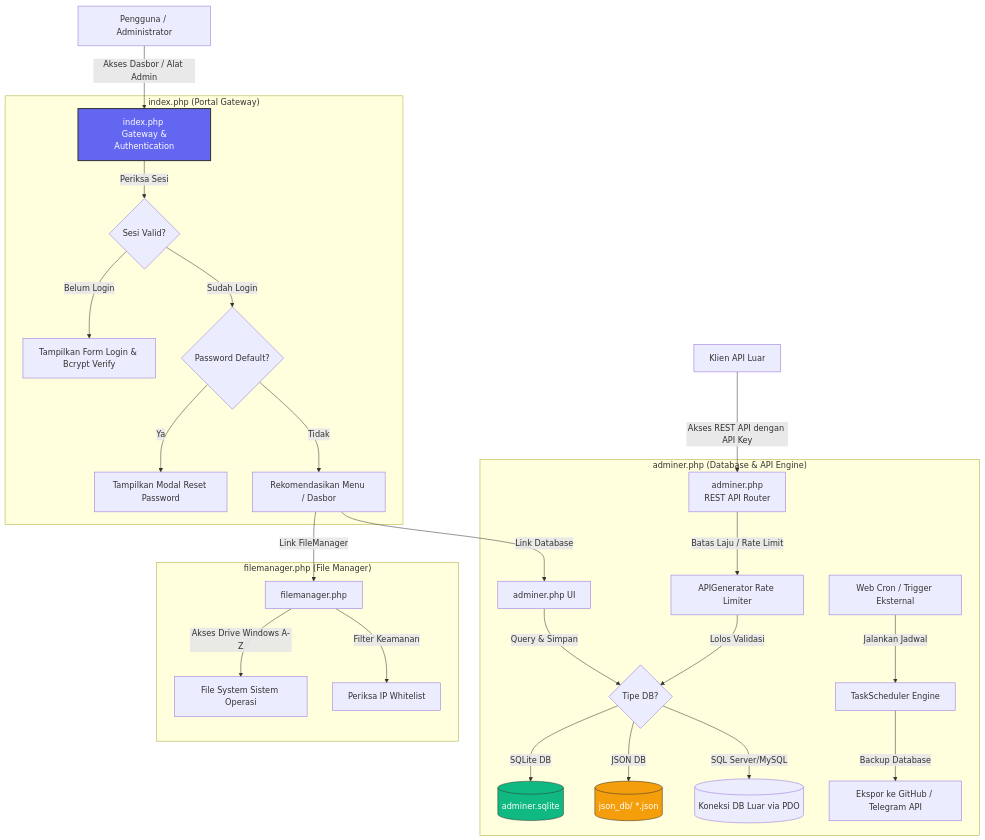
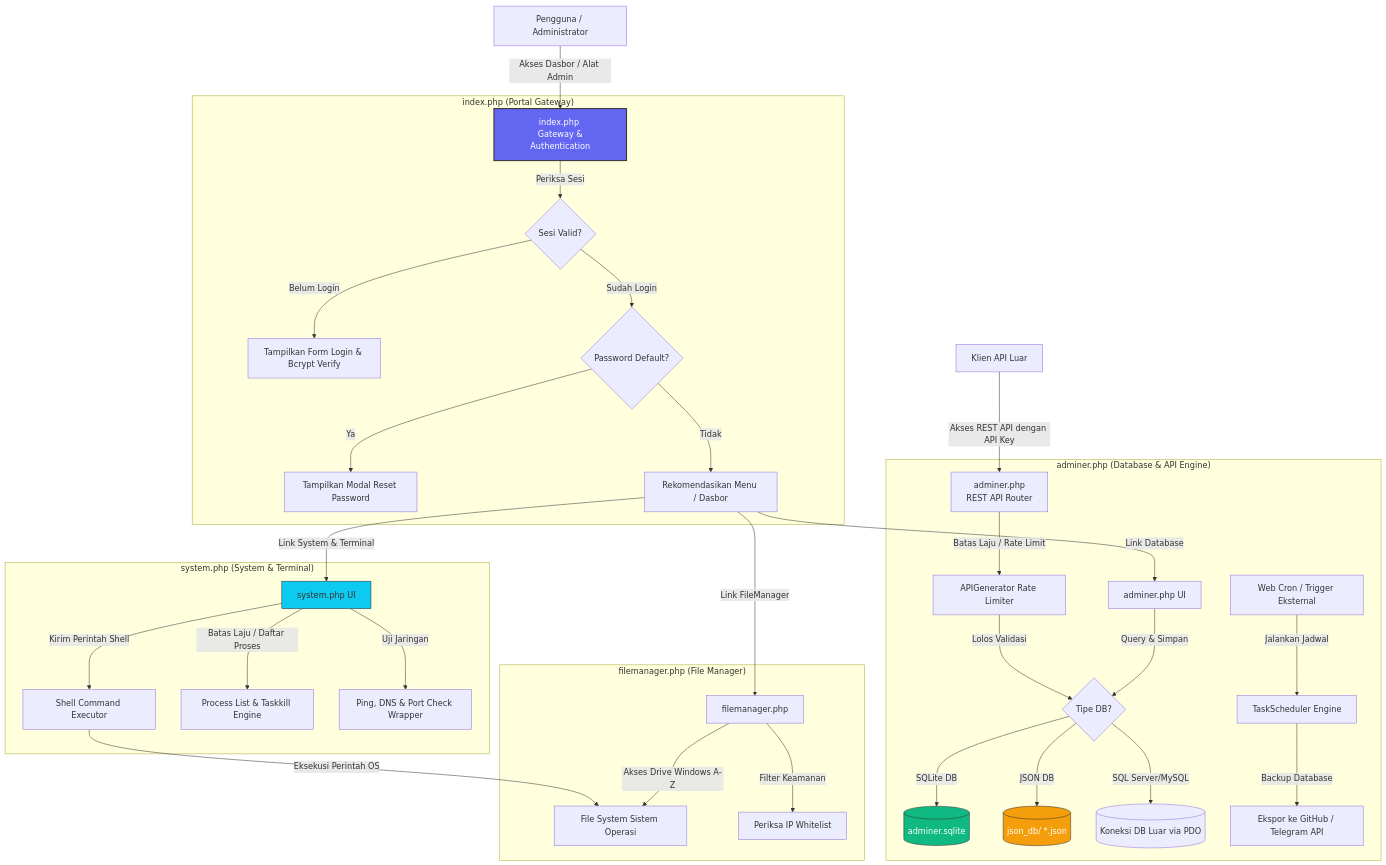
The first of 4 diagrams in project_overview.md (RzkyNT/infinitysetup), drawn with Mermaid before and after one commit. The commit also changed other lines of this file and 3 other files, not shown here.

````diff
--- a/project_overview.md
+++ b/project_overview.md
@@ -94,38 +94,47 @@
 ```mermaid
 graph TD
     User[Pengguna / Administrator] -->|Akses Dasbor / Alat Admin| Index[index.php <br> Gateway & Authentication]
     APIClient[Klien API Luar] -->|Akses REST API dengan API Key| AdminerAPI[adminer.php <br> REST API Router]
 
     subgraph "index.php (Portal Gateway)"
         Index -->|Periksa Sesi| SessionCheck{Sesi Valid?}
         SessionCheck -->|Belum Login| LoginUI[Tampilkan Form Login & Bcrypt Verify]
         SessionCheck -->|Sudah Login| PwdCheck{Password Default?}
         PwdCheck -->|Ya| ForceModal[Tampilkan Modal Reset Password]
         PwdCheck -->|Tidak| Menu[Rekomendasikan Menu / Dasbor]
     end
 
     Menu -->|Link FileManager| FM[filemanager.php]
     Menu -->|Link Database| AdminerUI[adminer.php UI]
+    Menu -->|Link System & Terminal| SysUI[system.php UI]
 
     subgraph "filemanager.php (File Manager)"
         FM -->|Akses Drive Windows A-Z| LocalOS[File System Sistem Operasi]
         FM -->|Filter Keamanan| Whitelist[Periksa IP Whitelist]
+    end
+
+    subgraph "system.php (System & Terminal)"
+        SysUI -->|Kirim Perintah Shell| ShellEngine[Shell Command Executor]
+        ShellEngine -->|Eksekusi Perintah OS| LocalOS
+        SysUI -->|Batas Laju / Daftar Proses| ProcEngine[Process List & Taskkill Engine]
+        SysUI -->|Uji Jaringan| NetEngine[Ping, DNS & Port Check Wrapper]
     end
 
     subgraph "adminer.php (Database & API Engine)"
         AdminerUI -->|Query & Simpan| DBSelector{Tipe DB?}
         DBSelector -->|SQLite DB| SqliteEngine[(adminer.sqlite)]
         DBSelector -->|JSON DB| JsonEngine[(json_db/ *.json)]
         DBSelector -->|SQL Server/MySQL| PDODriver[(Koneksi DB Luar via PDO)]
         
         AdminerAPI -->|Batas Laju / Rate Limit| RateLimit[APIGenerator Rate Limiter]
         RateLimit -->|Lolos Validasi| DBSelector
         
         CronJob[Web Cron / Trigger Eksternal] -->|Jalankan Jadwal| Scheduler[TaskScheduler Engine]
         Scheduler -->|Backup Database| GithubTG[Ekspor ke GitHub / Telegram API]
     end
 
     style Index fill:#6366f1,stroke:#333,stroke-width:2px,color:#fff
     style SqliteEngine fill:#10b981,stroke:#333,color:#fff
     style JsonEngine fill:#f59e0b,stroke:#333,color:#fff
+    style SysUI fill:#0dcaf0,stroke:#333,color:#333
 ```
````
